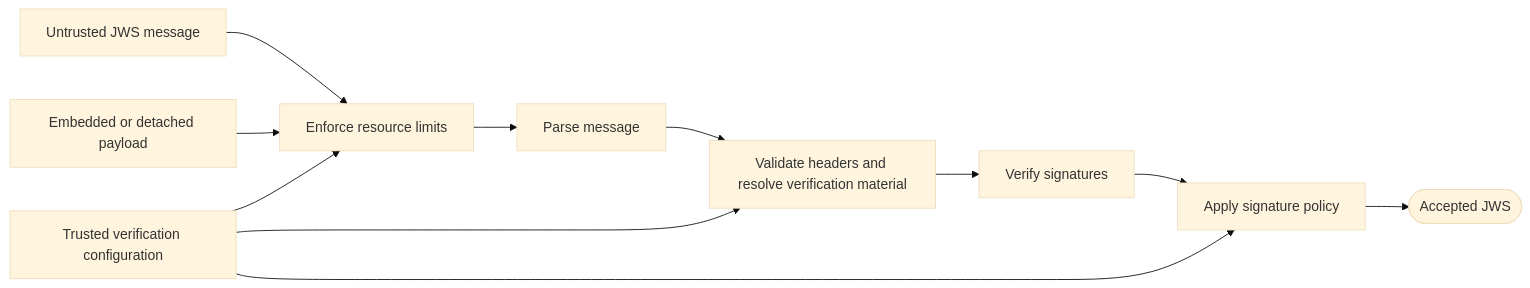
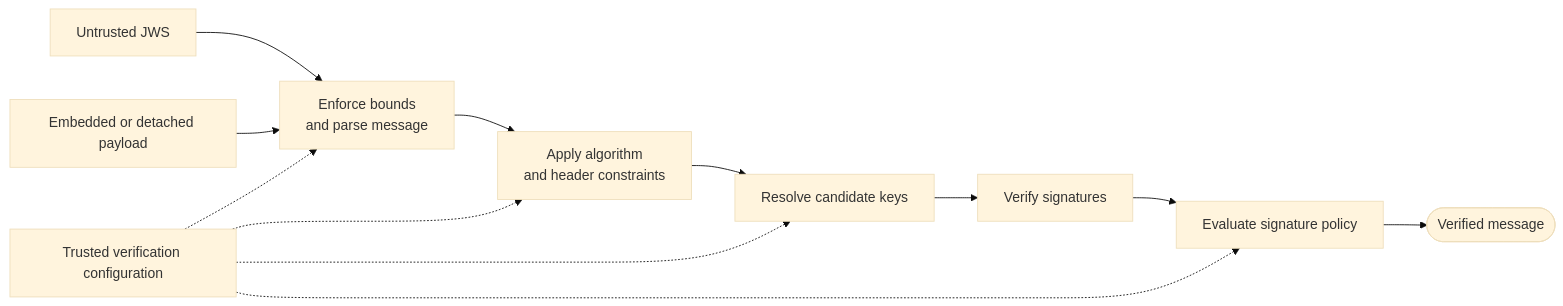
The seventh of 20 diagrams in DESIGN.md (mkbeh/xjose), drawn with Mermaid (base theme) before and after one commit. The commit also changed other lines of this file, not shown here.

Commit message:
docs: refine architectural design

````diff
--- a/DESIGN.md
+++ b/DESIGN.md
@@ -328,22 +356,23 @@
 ```mermaid
 flowchart LR
-    Message[Untrusted JWS message]
+    Message[Untrusted JWS]
     Payload[Embedded or detached payload]
+    Parse[Enforce bounds<br/>and parse message]
+    Policy[Apply algorithm<br/>and header constraints]
+    Resolve[Resolve candidate keys]
+    Verify[Verify signatures]
+    Evaluate[Evaluate signature policy]
+    Result([Verified message])
     Config[Trusted verification configuration]
-    Limits[Enforce resource limits]
-    Parse[Parse message]
-    Prepare[Validate headers and resolve verification material]
-    Verify[Verify signatures]
-    Evaluate[Apply signature policy]
-    Result([Accepted JWS])
-    Message --> Limits
-    Payload --> Limits
-    Limits --> Parse
-    Parse --> Prepare
-    Prepare --> Verify
+    Message --> Parse
+    Payload --> Parse
+    Parse --> Policy
+    Policy --> Resolve
+    Resolve --> Verify
     Verify --> Evaluate
     Evaluate --> Result
-    Config --> Limits
-    Config --> Prepare
-    Config --> Evaluate
+    Config -.-> Parse
+    Config -.-> Policy
+    Config -.-> Resolve
+    Config -.-> Evaluate
 ```
````
